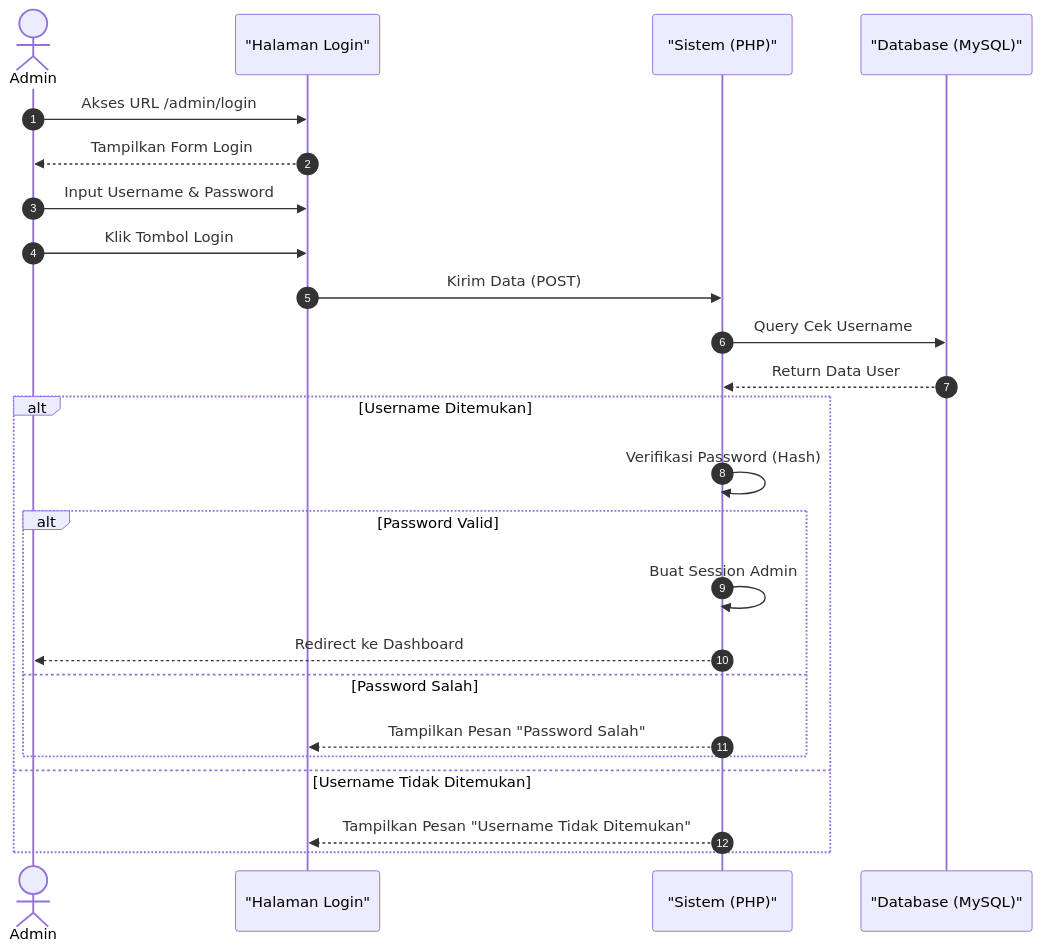
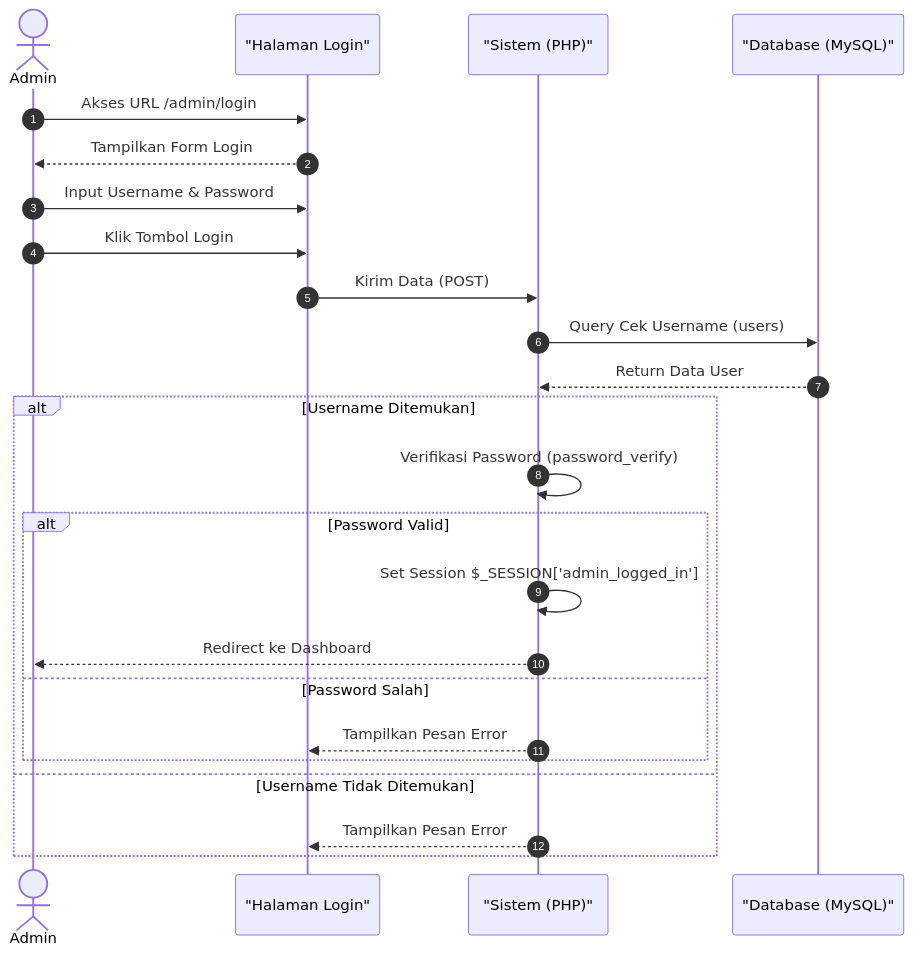
The first of 10 diagrams in docs/sequence_diagram_admin.md (arbain-dev/Web_fikom), drawn with Mermaid before and after one commit. The commit also changed other lines of this file, not shown here.

Commit message:
Add comprehensive sequence diagrams for all admin modules

````diff
--- a/docs/sequence_diagram_admin.md
+++ b/docs/sequence_diagram_admin.md
@@ -13,30 +15,30 @@
 ```mermaid
 sequenceDiagram
     autonumber
     actor Admin
     participant View as "Halaman Login"
     participant System as "Sistem (PHP)"
     participant DB as "Database (MySQL)"
 
     Admin->>View: Akses URL /admin/login
     View-->>Admin: Tampilkan Form Login
     
     Admin->>View: Input Username & Password
     Admin->>View: Klik Tombol Login
     View->>System: Kirim Data (POST)
 
-    System->>DB: Query Cek Username
+    System->>DB: Query Cek Username (users)
     DB-->>System: Return Data User
 
     alt Username Ditemukan
-        System->>System: Verifikasi Password (Hash)
+        System->>System: Verifikasi Password (password_verify)
         alt Password Valid
-            System->>System: Buat Session Admin
+            System->>System: Set Session $_SESSION['admin_logged_in']
             System-->>Admin: Redirect ke Dashboard
         else Password Salah
-            System-->>View: Tampilkan Pesan "Password Salah"
+            System-->>View: Tampilkan Pesan Error
         end
     else Username Tidak Ditemukan
-        System-->>View: Tampilkan Pesan "Username Tidak Ditemukan"
+        System-->>View: Tampilkan Pesan Error
     end
 ```
````
